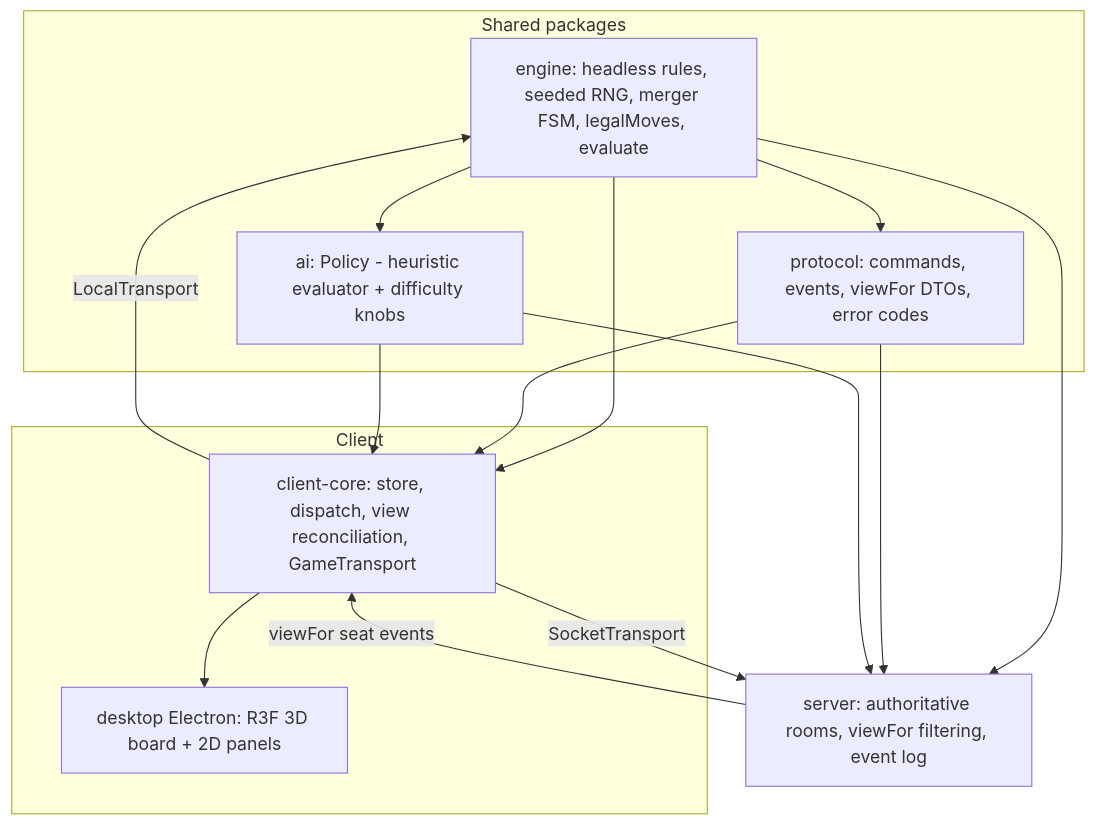
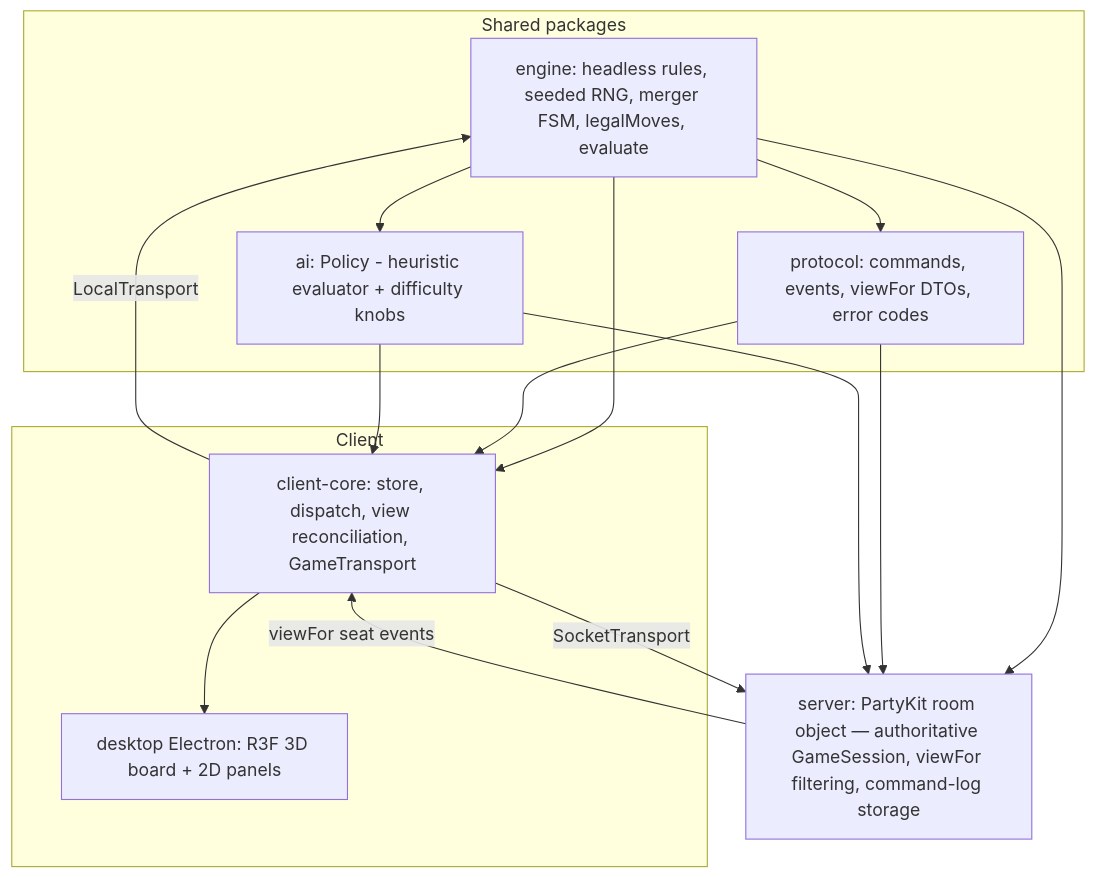
The first of 3 diagrams in docs/plans/2026-09-06-1315-feat-boomtown-architecture-plan.md (smromain/boomtown), drawn with Mermaid before and after one commit. The commit also changed other lines of this file and 1 other file, not shown here.

First line of the commit message:
docs(plan): replan Phase D onto PartyKit

````diff
--- a/docs/plans/2026-09-06-1315-feat-boomtown-architecture-plan.md
+++ b/docs/plans/2026-09-06-1315-feat-boomtown-architecture-plan.md
@@ -139,26 +149,26 @@
 ```mermaid
 flowchart TB
   subgraph shared[Shared packages]
     engine[engine: headless rules, seeded RNG, merger FSM, legalMoves, evaluate]
     protocol[protocol: commands, events, viewFor DTOs, error codes]
     ai[ai: Policy - heuristic evaluator + difficulty knobs]
   end
   subgraph client[Client]
     core[client-core: store, dispatch, view reconciliation, GameTransport]
     desktop[desktop Electron: R3F 3D board + 2D panels]
   end
-  server[server: authoritative rooms, viewFor filtering, event log]
+  server[server: PartyKit room object — authoritative GameSession, viewFor filtering, command-log storage]
 
   engine --> protocol
   engine --> ai
   engine --> core
   engine --> server
   protocol --> core
   protocol --> server
   ai --> core
   ai --> server
   core --> desktop
   core -->|LocalTransport| engine
   core -->|SocketTransport| server
   server -->|viewFor seat events| core
 ```
````
